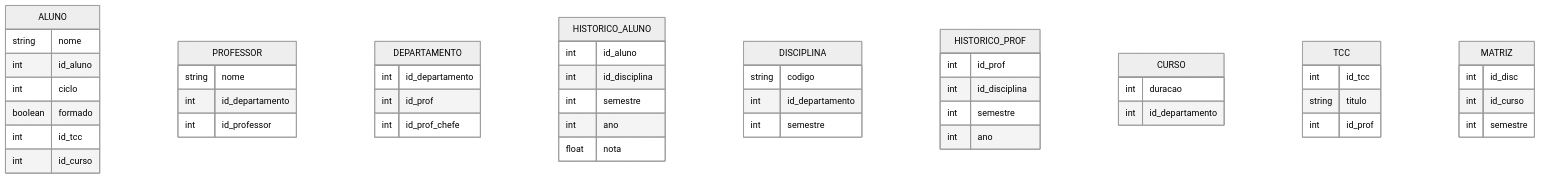
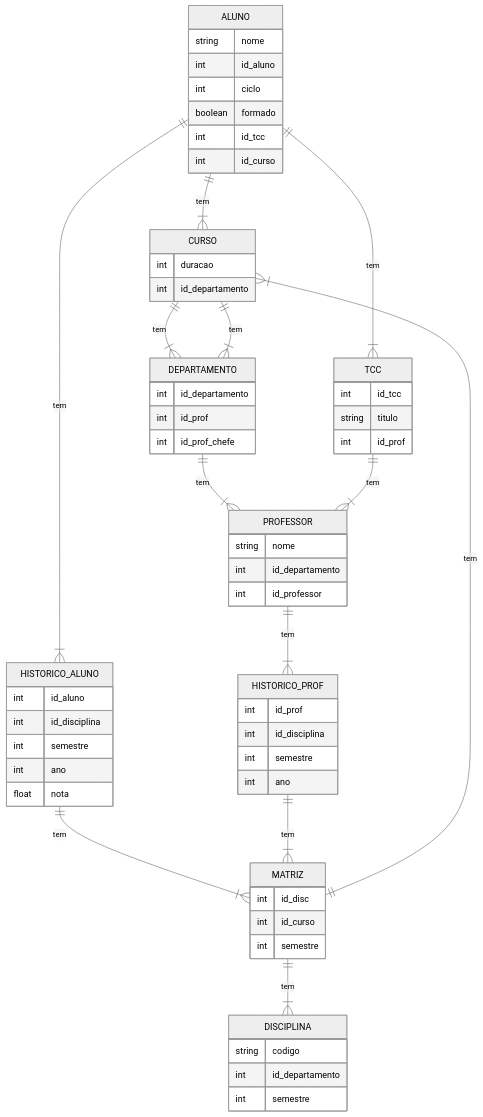
One commit to wholocked1/Banco_de_dados changed the diagram in README.md. Above: the diagram before and after it, drawn with Mermaid (neutral theme).

````diff
--- a/README.md
+++ b/README.md
@@ -7,55 +7,67 @@
 ``` mermaid
 erDiagram
     ALUNO {
         string nome
         int id_aluno
         int ciclo
         boolean formado
         int id_tcc
         int id_curso
     }
     PROFESSOR {
         string nome
         int id_departamento
         int id_professor
     }
     DEPARTAMENTO {
         int id_departamento
         int id_prof
         int id_prof_chefe
     }
     HISTORICO_ALUNO{
         int id_aluno
         int id_disciplina
         int semestre
         int ano
         float nota
     }
     DISCIPLINA{
         string codigo
         int id_departamento
         int semestre
     }
     HISTORICO_PROF{
         int id_prof
         int id_disciplina
         int semestre
         int ano
     }
     CURSO{
         int duracao
         int id_departamento
     }
     TCC{
         int id_tcc
         string titulo
         int id_prof
     } 
     MATRIZ{
         int id_disc
         int id_curso
         int semestre
     }
+    ALUNO ||--|{ CURSO : tem
+    CURSO ||--|{DEPARTAMENTO: tem
+    ALUNO ||--|{HISTORICO_ALUNO: tem
+    PROFESSOR ||--|{HISTORICO_PROF: tem
+    CURSO ||--|{ DEPARTAMENTO: tem
+    DEPARTAMENTO ||--|{ PROFESSOR: tem
+    HISTORICO_ALUNO ||--|{ MATRIZ: tem
+    HISTORICO_PROF ||--|{ MATRIZ: tem
+    TCC ||--|{ PROFESSOR: tem
+    ALUNO ||--|{ TCC: tem
+    MATRIZ ||--|{ DISCIPLINA: tem
+    MATRIZ ||--|{ CURSO: tem
 
   
 ```
````
